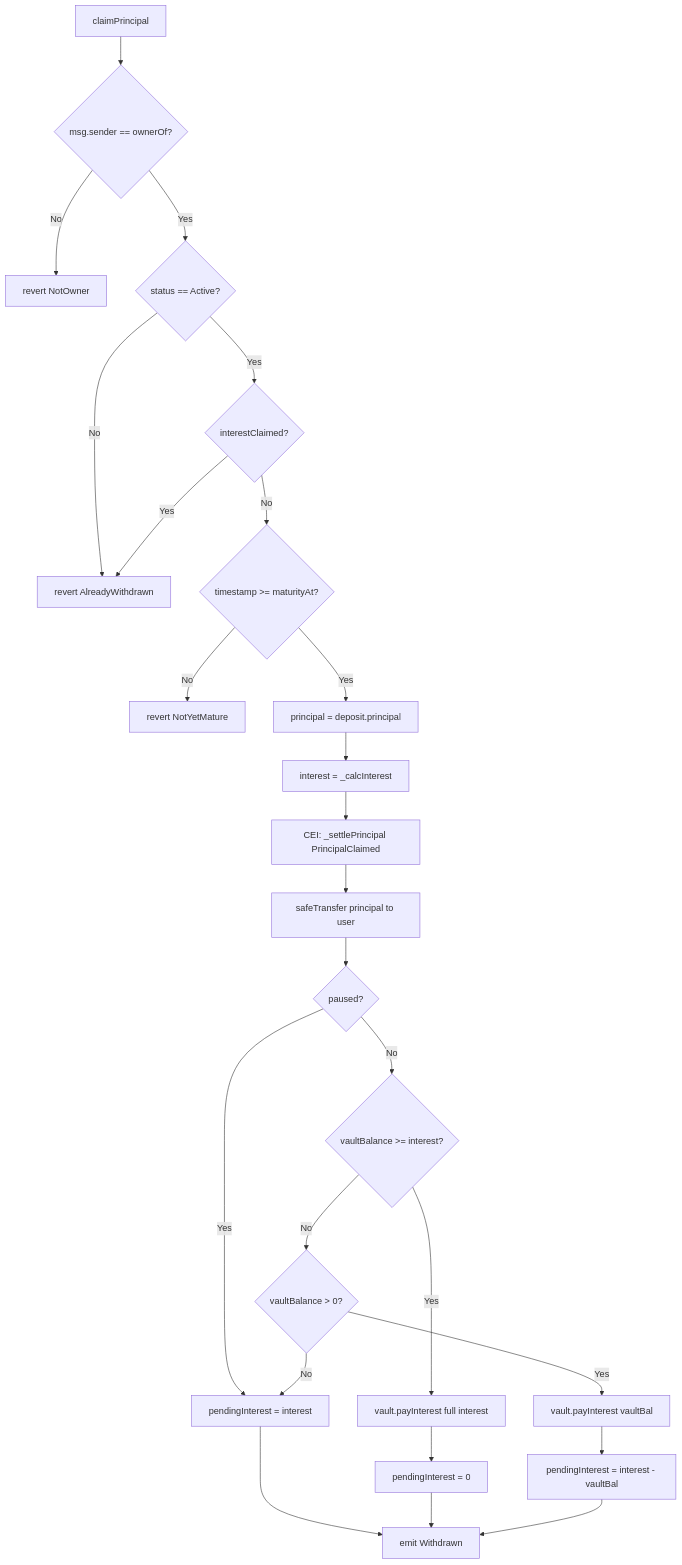
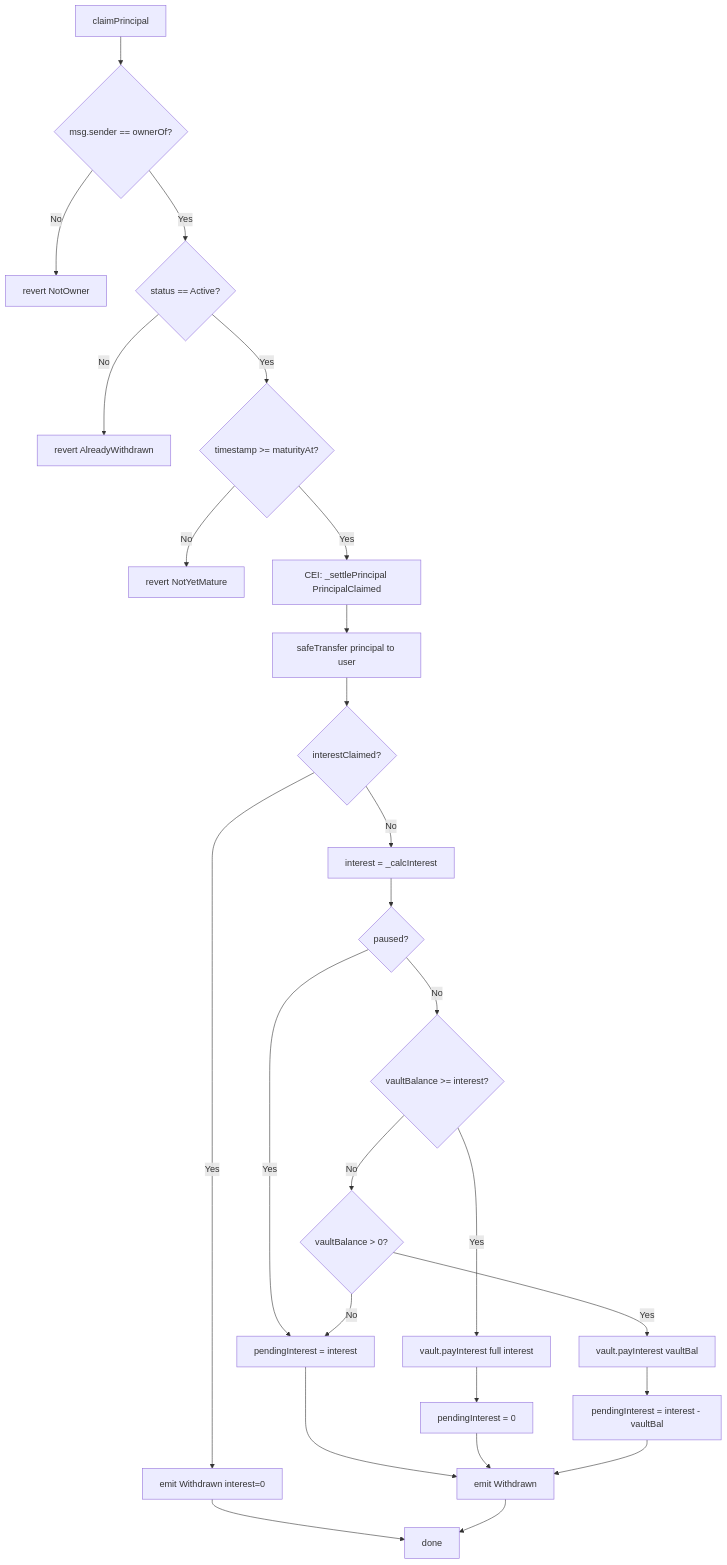
Before and after one commit to yang-sin-pal/AC_BlockChain_Online_Saving: the third of 8 diagrams in docs/Reports/bugs/state-machine-status.md, drawn with Mermaid. The commit also changed other lines of this file and 4 other files, not shown here.

Commit message:
feat: update withdrawal logic to handle interestClaimed status, ensuring principal only withdrawal when interest is claimed

````diff
--- a/docs/Reports/bugs/state-machine-status.md
+++ b/docs/Reports/bugs/state-machine-status.md
@@ -157,30 +158,31 @@
 ```mermaid
 flowchart TD
     A[claimPrincipal] --> B{msg.sender == ownerOf?}
     B -- No --> R1[revert NotOwner]
     B -- Yes --> C{status == Active?}
     C -- No --> R2[revert AlreadyWithdrawn]
-    C -- Yes --> D{interestClaimed?}
-    D -- Yes --> R2
-    D -- No --> E{timestamp >= maturityAt?}
-    E -- No --> R3[revert NotYetMature]
-    E -- Yes --> F[principal = deposit.principal]
-    F --> G[interest = _calcInterest]
-    G --> H[CEI: _settlePrincipal PrincipalClaimed]
-    H --> I[safeTransfer principal to user]
+    C -- Yes --> D{timestamp >= maturityAt?}
+    D -- No --> R3[revert NotYetMature]
+    D -- Yes --> E[CEI: _settlePrincipal PrincipalClaimed]
+    E --> F[safeTransfer principal to user]
+    F --> G{interestClaimed?}
+
+    G -- Yes --> H[emit Withdrawn interest=0]
+
+    G -- No --> I[interest = _calcInterest]
     I --> J{paused?}
-
     J -- Yes --> K[pendingInterest = interest]
     J -- No --> L{vaultBalance >= interest?}
-
     L -- Yes --> M[vault.payInterest full interest]
     M --> N[pendingInterest = 0]
     L -- No --> O{vaultBalance > 0?}
     O -- Yes --> P[vault.payInterest vaultBal]
     P --> Q[pendingInterest = interest - vaultBal]
     O -- No --> K
 
     K --> R[emit Withdrawn]
     N --> R
     Q --> R
+    H --> S[done]
+    R --> S
 ```
````
